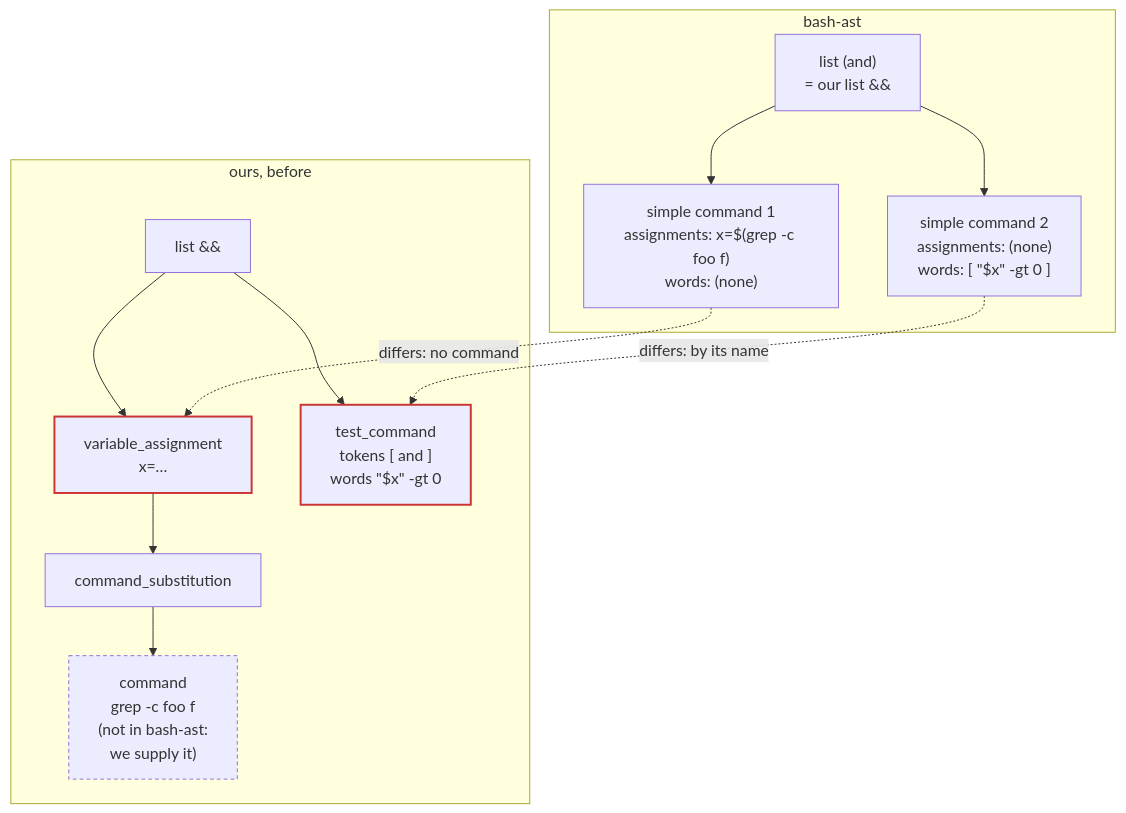
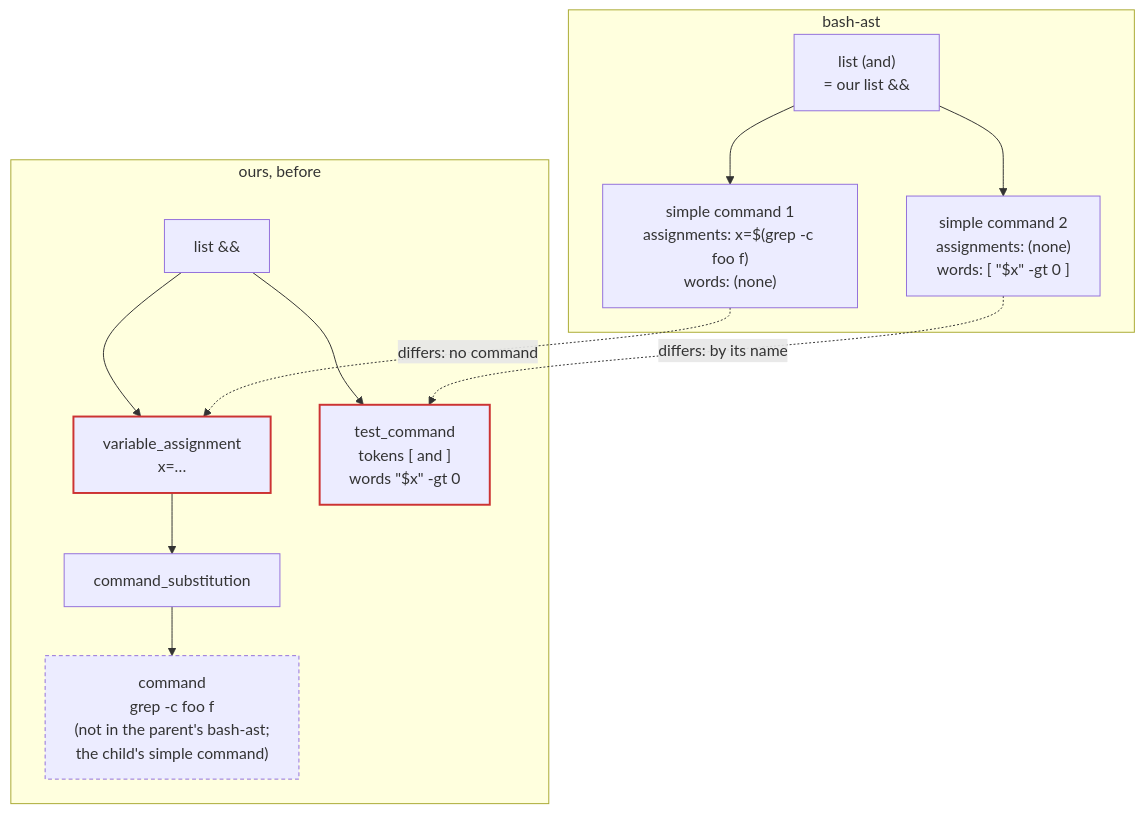
The first of 4 diagrams in docs/design/syntax-tree.md (sf624/bash-explainer), drawn with Mermaid before and after one commit. The commit also changed other lines of this file, not shown here.

Commit message:
Design: show the substitution as the parent and the child bash read it

````diff
--- a/docs/design/syntax-tree.md
+++ b/docs/design/syntax-tree.md
@@ -195,19 +195,19 @@
 ```mermaid
 flowchart TB
   subgraph bash["bash-ast"]
     A1["list (and)<br/>= our list #amp;#amp;"] --> A2["simple command 1<br/>assignments: x=$(grep -c foo f)<br/>words: (none)"]
     A1 --> A3["simple command 2<br/>assignments: (none)<br/>words: [ #quot;$x#quot; -gt 0 ]"]
   end
   subgraph before["ours, before"]
     B1["list #amp;#amp;"] --> B2["variable_assignment<br/>x=…"]
     B2 --> B3["command_substitution"]
-    B3 --> B4["command<br/>grep -c foo f<br/>(not in bash-ast:<br/>we supply it)"]
+    B3 --> B4["command<br/>grep -c foo f<br/>(not in the parent's bash-ast;<br/>the child's simple command)"]
     B1 --> B5["test_command<br/>tokens [ and ]<br/>words #quot;$x#quot; -gt 0"]
   end
   A2 -. "differs: no command" .-> B2
   A3 -. "differs: by its name" .-> B5
   classDef differs stroke:#c33,stroke-width:2px
   classDef supplied stroke-dasharray:4 3
   class B2,B5 differs
   class B4 supplied
 ```
````
